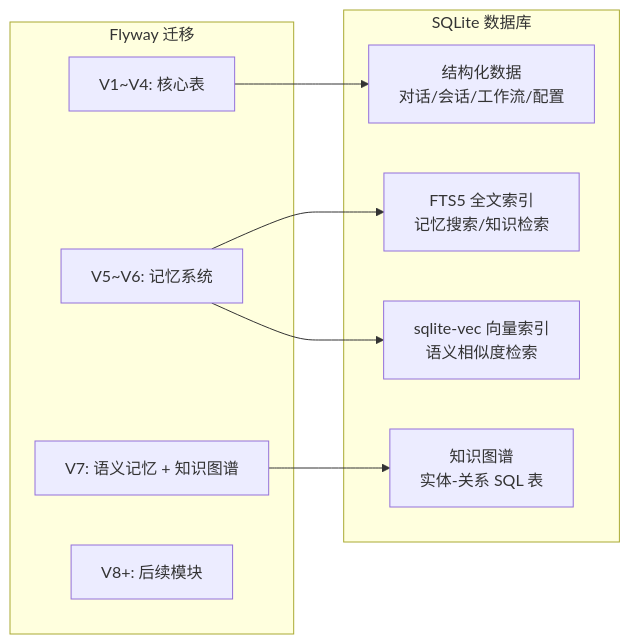
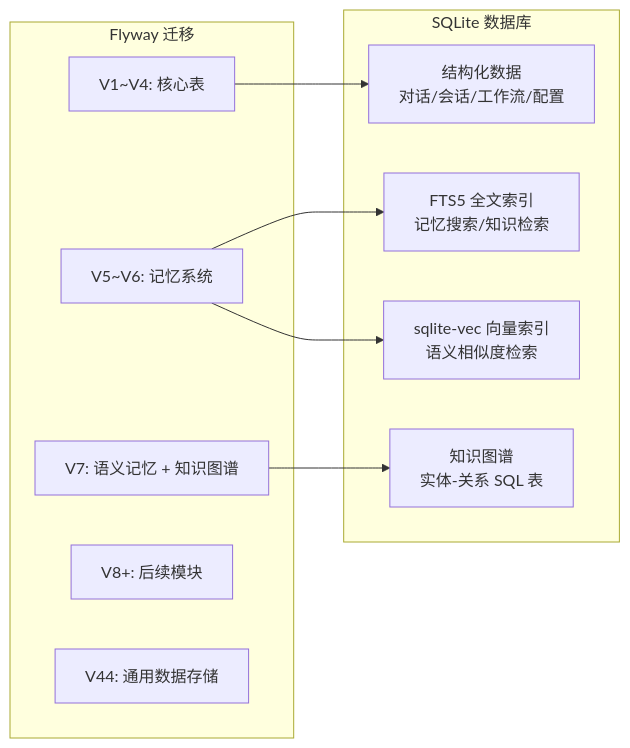
One commit to ntygod/LifePilot changed the third of 4 diagrams in docs/ARCHITECTURE.md. Above: the diagram before and after it, drawn with Mermaid. The commit also changed other lines of this file and 3 other files, not shown here.

````diff
--- a/docs/ARCHITECTURE.md
+++ b/docs/ARCHITECTURE.md
@@ -169,21 +172,22 @@
 ```mermaid
 graph LR
     subgraph "SQLite 数据库"
         SQL["结构化数据<br/>对话/会话/工作流/配置"]
         FTS["FTS5 全文索引<br/>记忆搜索/知识检索"]
         VEC["sqlite-vec 向量索引<br/>语义相似度检索"]
         GRAPH["知识图谱<br/>实体-关系 SQL 表"]
     end
 
     subgraph "Flyway 迁移"
         V1["V1~V4: 核心表"]
         V5["V5~V6: 记忆系统"]
         V7["V7: 语义记忆 + 知识图谱"]
         V8["V8+: 后续模块"]
+        V44["V44: 通用数据存储"]
     end
 
     V1 --> SQL
     V5 --> FTS
     V5 --> VEC
     V7 --> GRAPH
 ```
````
